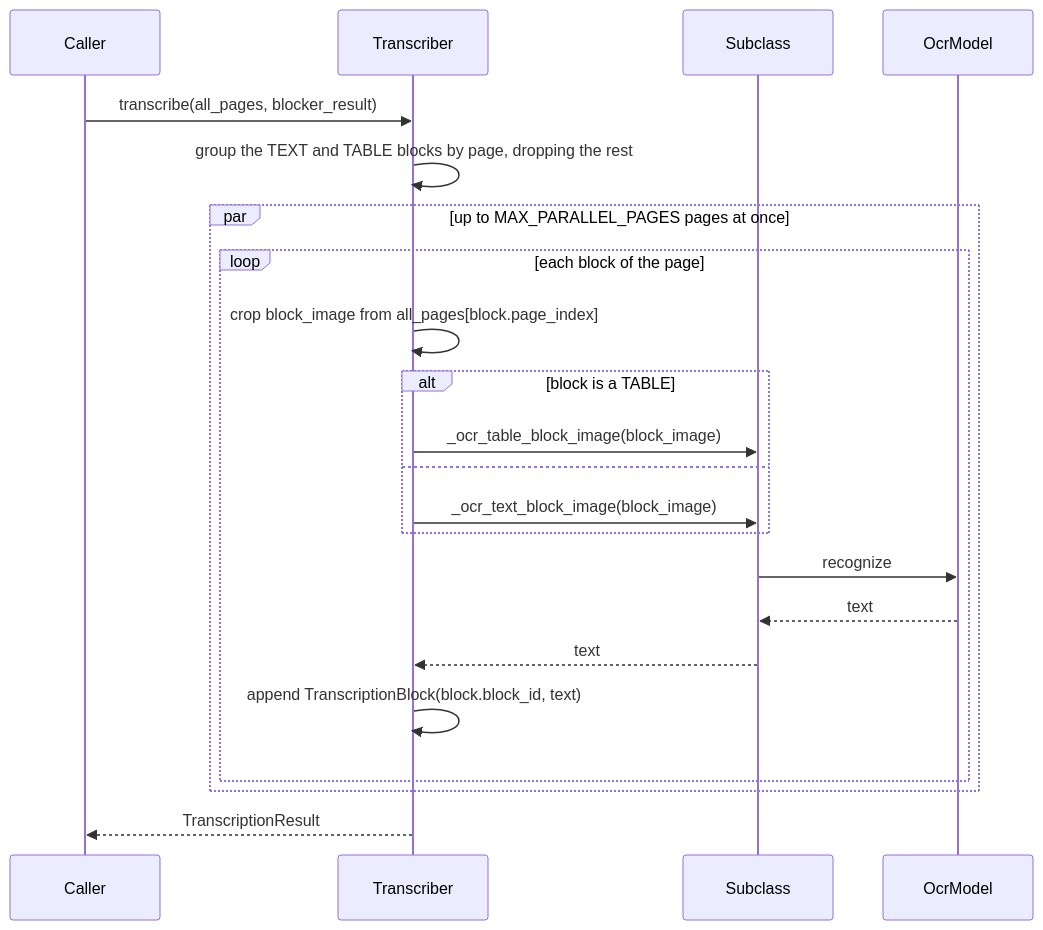
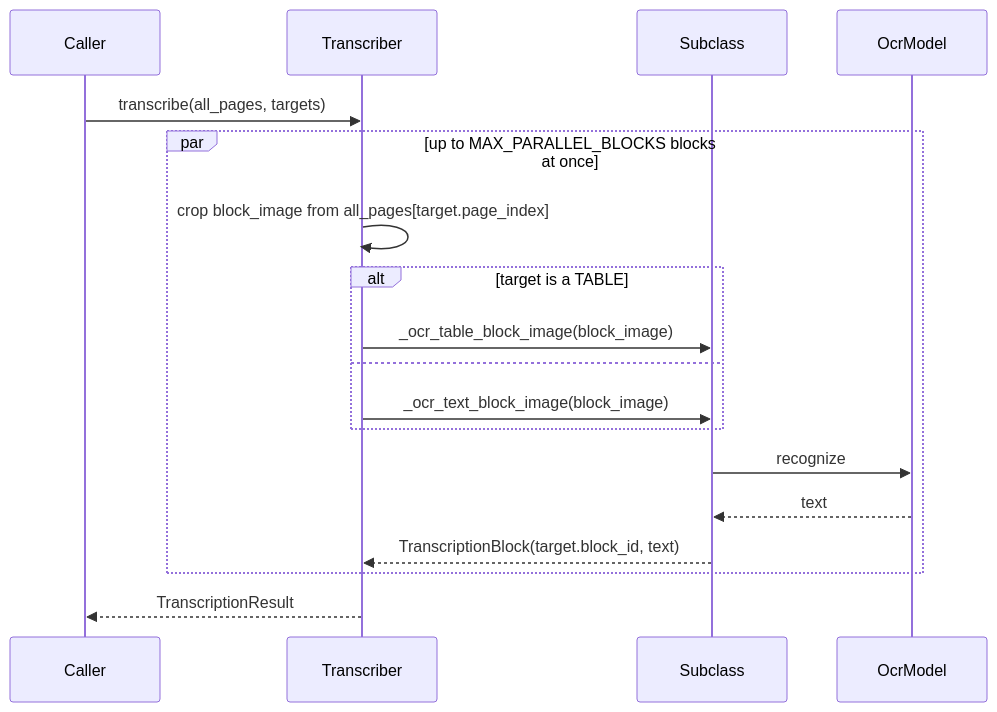
One commit to konbraphat51/SuperSuat changed the second of 2 diagrams in Uploader/OcrModule/Blocked/Docs/Transcriber.md. Above: the diagram before and after it, drawn with Mermaid. The commit also changed other lines of this file and 28 other files, not shown here.

````diff
--- a/Uploader/OcrModule/Blocked/Docs/Transcriber.md
+++ b/Uploader/OcrModule/Blocked/Docs/Transcriber.md
@@ -52,24 +75,20 @@
 ```mermaid
 sequenceDiagram
     participant Caller
     participant Transcriber
     participant Subclass
     participant OcrModel
-    Caller->>Transcriber: transcribe(all_pages, blocker_result)
-    Transcriber->>Transcriber: group the TEXT and TABLE blocks by page, dropping the rest
-    par up to MAX_PARALLEL_PAGES pages at once
-        loop each block of the page
-            Transcriber->>Transcriber: crop block_image from all_pages[block.page_index]
-            alt block is a TABLE
-                Transcriber->>Subclass: _ocr_table_block_image(block_image)
-            else
-                Transcriber->>Subclass: _ocr_text_block_image(block_image)
-            end
-            Subclass->>OcrModel: recognize
-            OcrModel-->>Subclass: text
-            Subclass-->>Transcriber: text
-            Transcriber->>Transcriber: append TranscriptionBlock(block.block_id, text)
+    Caller->>Transcriber: transcribe(all_pages, targets)
+    par up to MAX_PARALLEL_BLOCKS blocks at once
+        Transcriber->>Transcriber: crop block_image from all_pages[target.page_index]
+        alt target is a TABLE
+            Transcriber->>Subclass: _ocr_table_block_image(block_image)
+        else
+            Transcriber->>Subclass: _ocr_text_block_image(block_image)
         end
+        Subclass->>OcrModel: recognize
+        OcrModel-->>Subclass: text
+        Subclass-->>Transcriber: TranscriptionBlock(target.block_id, text)
     end
     Transcriber-->>Caller: TranscriptionResult
 ```
````
